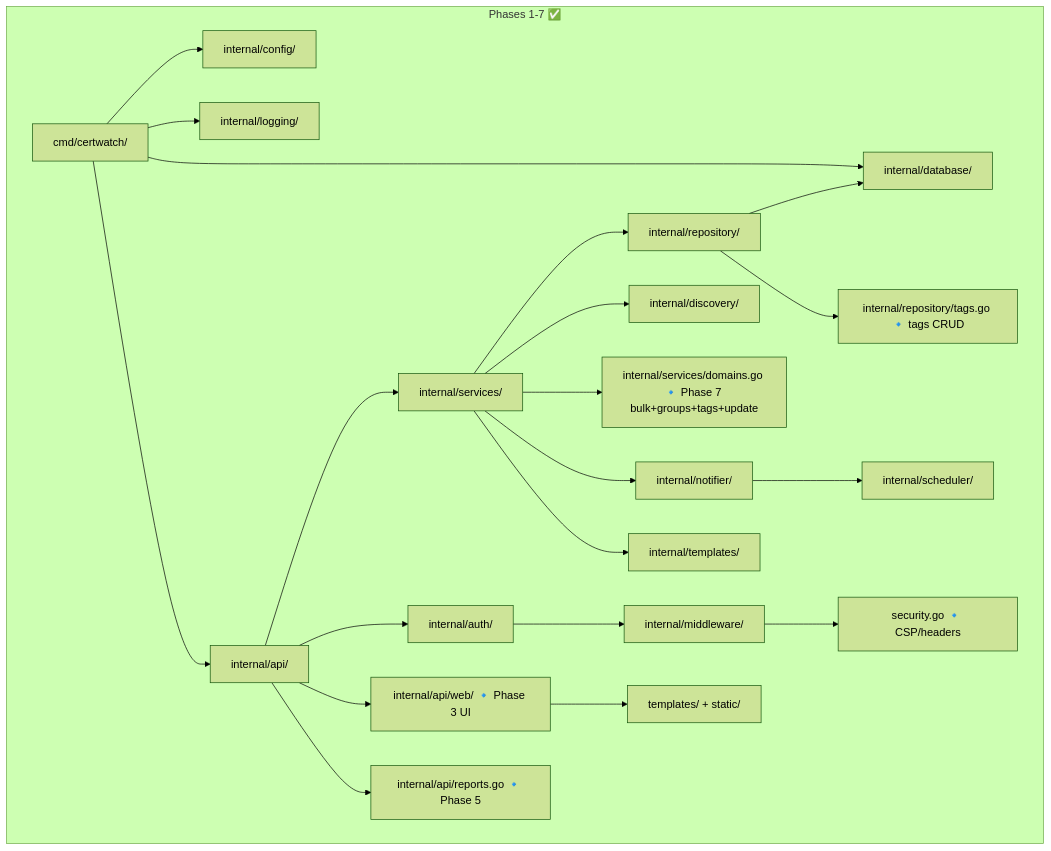
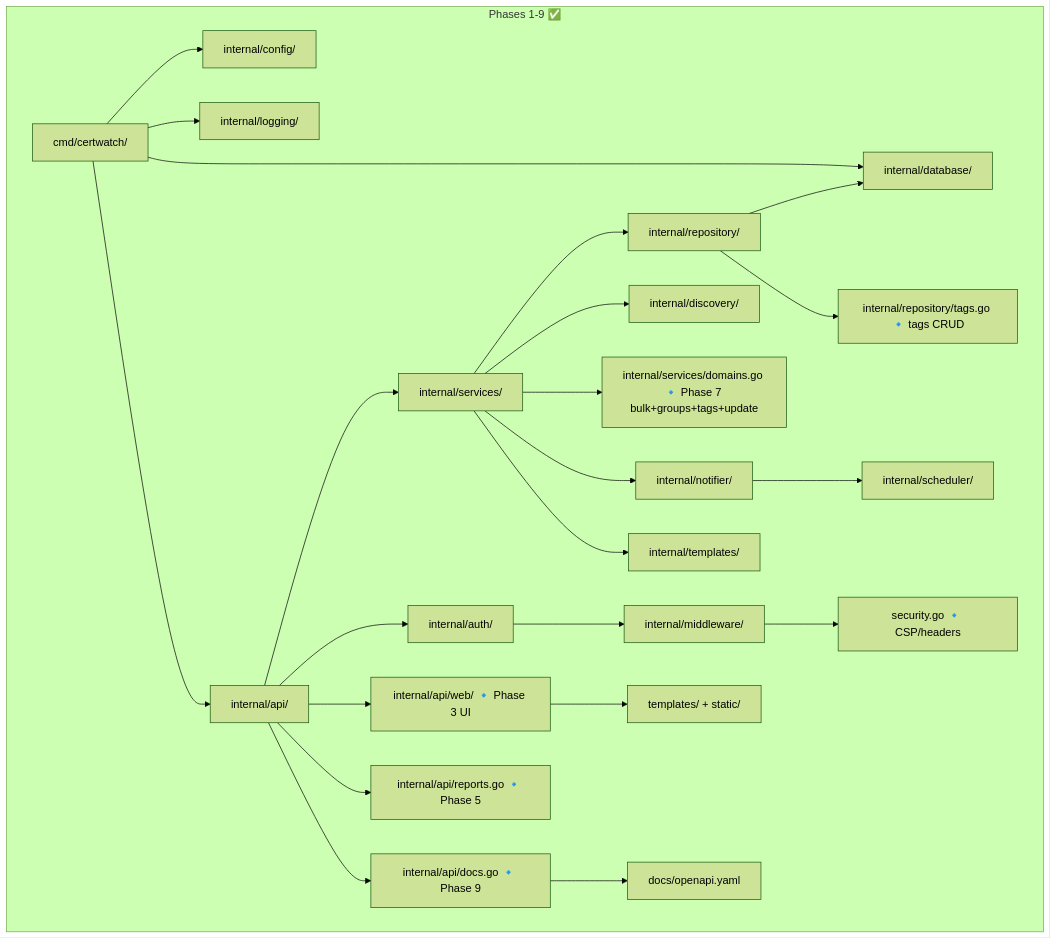
One commit to araujofrancisco/certwatch changed the diagram in docs/architecture.md. Above: the diagram before and after it, drawn with Mermaid (forest theme). The commit also changed other lines of this file and 6 other files, not shown here.

First line of the commit message:
Phase 9: OpenAPI docs with embedded Scalar UI

````diff
--- a/docs/architecture.md
+++ b/docs/architecture.md
@@ -8,20 +8,22 @@
 ```mermaid
 graph TD
-    subgraph "Phases 1-7 ✅"
+    subgraph "Phases 1-9 ✅"
         cmd/certwatch/ --> internal/config/
         cmd/certwatch/ --> internal/logging/
         cmd/certwatch/ --> internal/database/
         cmd/certwatch/ --> internal/api/ --> internal/services/ --> internal/repository/
         internal/repository/ --> internal/database/
         internal/services/ --> internal/discovery/
         internal/api/ --> internal/auth/ --> internal/middleware/
         internal/middleware/ --> MS[security.go 🔹 CSP/headers]
         internal/api/ --> U[internal/api/web/ 🔹 Phase 3 UI]
         U --> T[templates/ + static/]
         internal/api/ --> R[internal/api/reports.go 🔹 Phase 5]
+        internal/api/ --> D[internal/api/docs.go 🔹 Phase 9]
+        D --> O[docs/openapi.yaml]
         internal/services/ --> I[internal/services/domains.go 🔹 Phase 7 bulk+groups+tags+update]
         internal/services/ --> internal/notifier/ --> internal/scheduler/
         internal/services/ --> internal/templates/
         internal/repository/ --> TG[internal/repository/tags.go 🔹 tags CRUD]
     end
 ```
````
